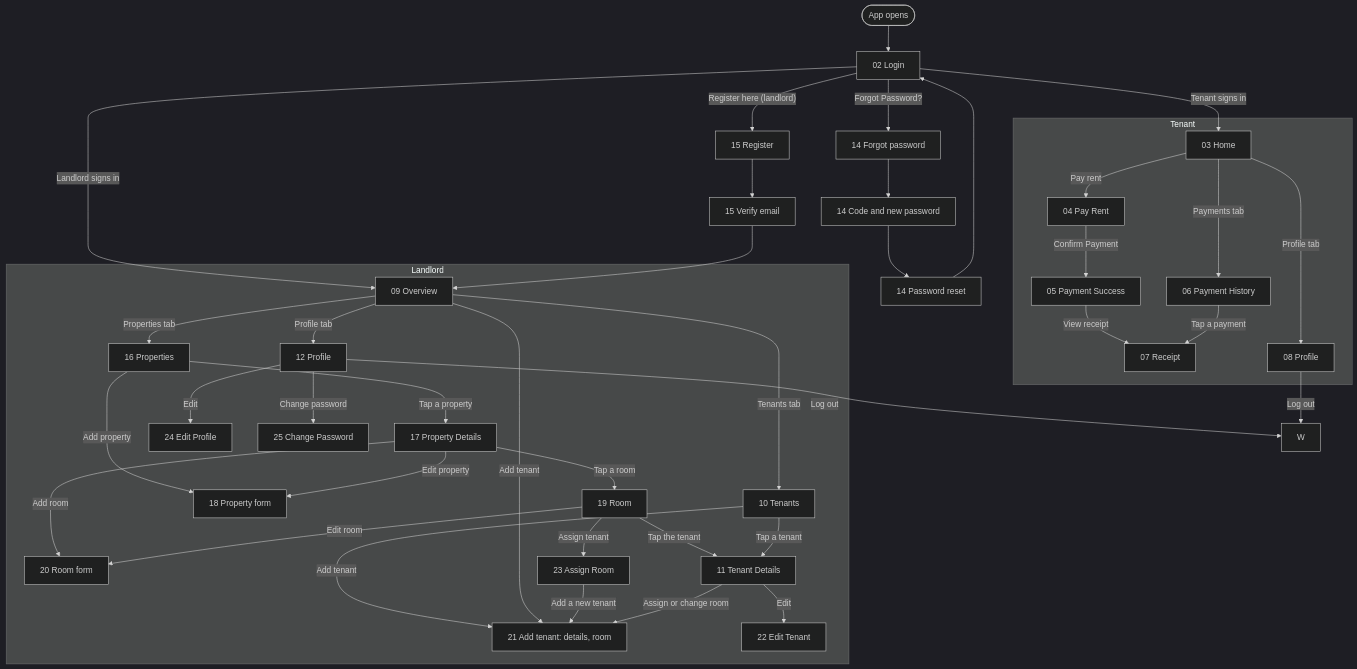
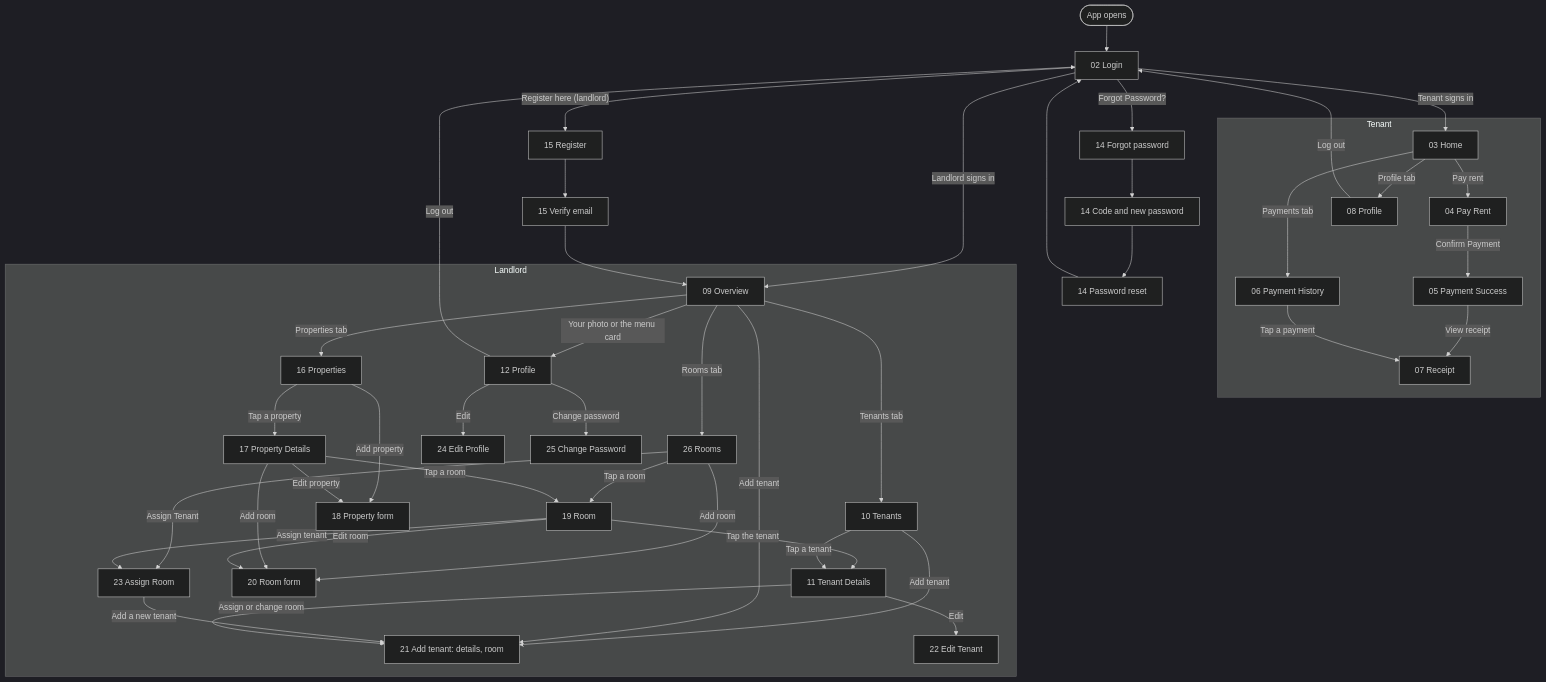
Before and after one commit to nil2022/rentwallet-app: the diagram in README.md, drawn with Mermaid (dark theme). The commit also changed other lines of this file and 11 other files, not shown here.

First line of the commit message:
Add the Rooms tab and the web's side menu

````diff
--- a/README.md
+++ b/README.md
@@ -106,44 +108,48 @@
 ```mermaid
 flowchart TD
     S(["App opens"]) --> L["02 Login"]
     L -->|"Forgot Password?"| F1["14 Forgot password"]
     F1 --> F2["14 Code and new password"] --> F3["14 Password reset"] --> L
     L -->|"Register here (landlord)"| R1["15 Register"] --> R2["15 Verify email"]
     L -->|"Tenant signs in"| TH
     L -->|"Landlord signs in"| LO
     R2 --> LO
 
     subgraph Tenant
         TH["03 Home"] -->|"Pay rent"| PR["04 Pay Rent"]
         PR -->|"Confirm Payment"| PS["05 Payment Success"]
         PS -->|"View receipt"| RC["07 Receipt"]
         TH -->|"Payments tab"| PH["06 Payment History"]
         PH -->|"Tap a payment"| RC
         TH -->|"Profile tab"| TP["08 Profile"]
     end
 
     subgraph Landlord
         LO["09 Overview"] -->|"Properties tab"| PL["16 Properties"]
         LO -->|"Tenants tab"| TS["10 Tenants"]
-        LO -->|"Profile tab"| LP["12 Profile"]
+        LO -->|"Rooms tab"| RM["26 Rooms"]
+        LO -->|"Your photo or the menu card"| LP["12 Profile"]
+        RM -->|"Tap a room"| RD
+        RM -->|"Assign Tenant"| AR
+        RM -->|"Add room"| RF
         PL -->|"Tap a property"| PD["17 Property Details"]
         PL -->|"Add property"| PF["18 Property form"]
         PD -->|"Edit property"| PF
         PD -->|"Add room"| RF["20 Room form"]
         PD -->|"Tap a room"| RD["19 Room"]
         RD -->|"Edit room"| RF
         RD -->|"Assign tenant"| AR["23 Assign Room"]
         RD -->|"Tap the tenant"| TD["11 Tenant Details"]
         TS -->|"Tap a tenant"| TD
         TS -->|"Add tenant"| AT["21 Add tenant: details, room"]
         LO -->|"Add tenant"| AT
         AR -->|"Add a new tenant"| AT
         TD -->|"Edit"| TF["22 Edit Tenant"]
         TD -->|"Assign or change room"| AT
         LP -->|"Edit"| EP["24 Edit Profile"]
         LP -->|"Change password"| CP["25 Change Password"]
     end
 
-    TP -->|"Log out"| W
-    LP -->|"Log out"| W
+    TP -->|"Log out"| L
+    LP -->|"Log out"| L
 ```
````
